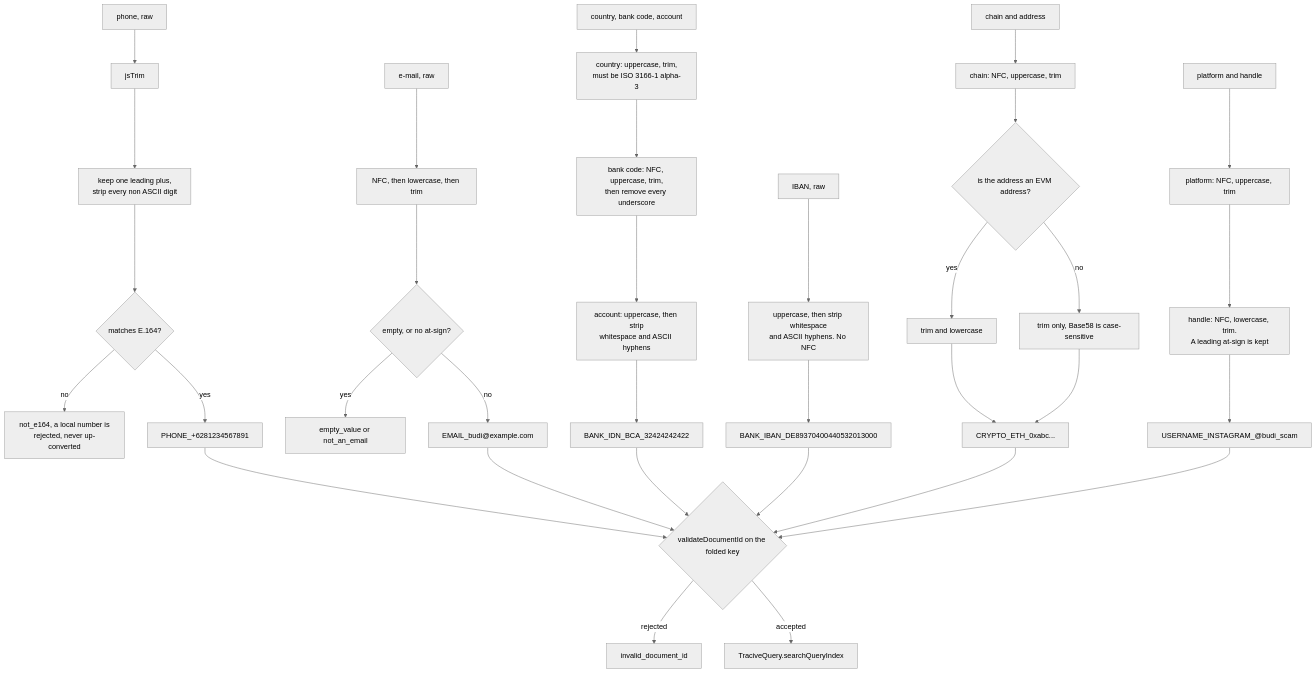
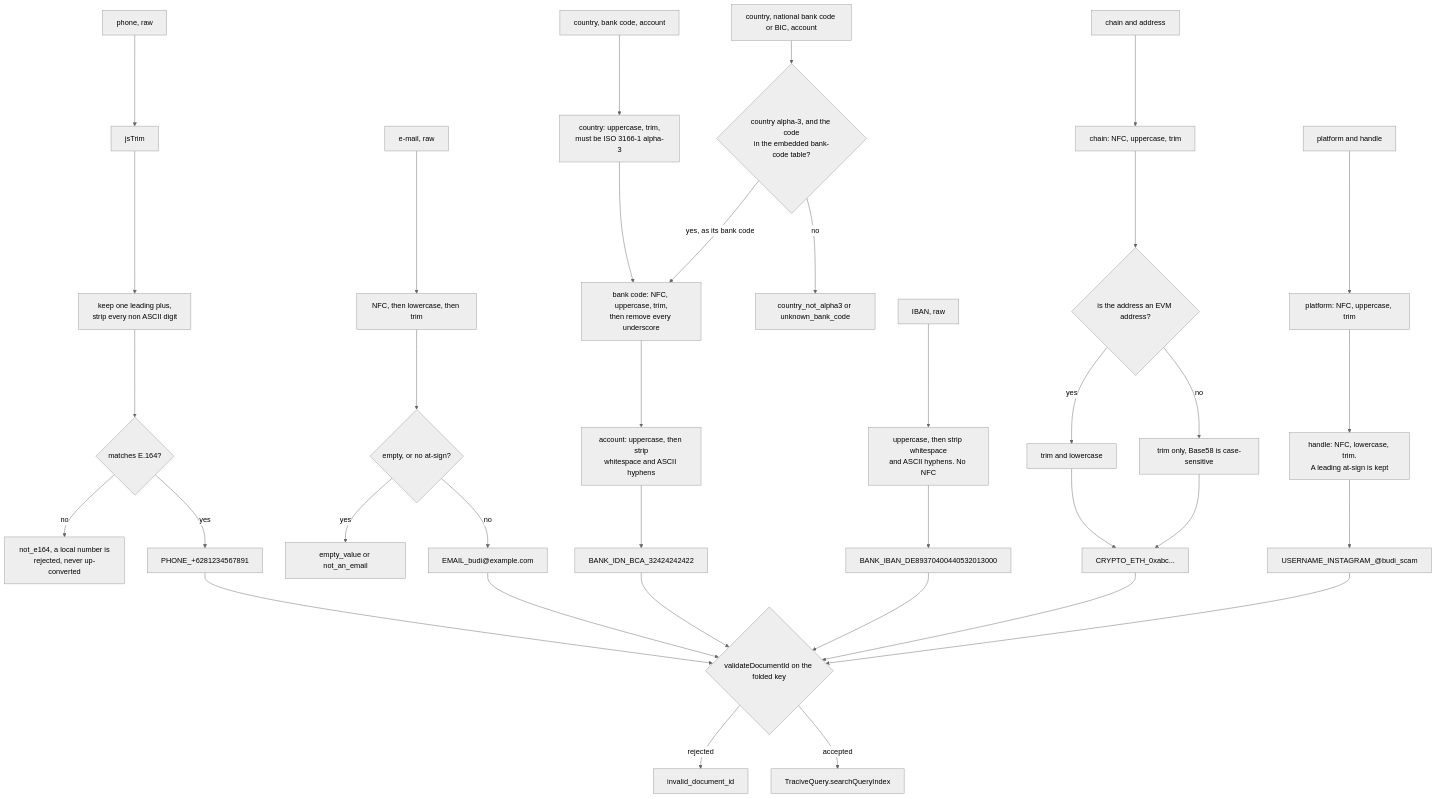
Before and after one commit to pleistocent/tracive-sdk-flutter: the fifth of 5 diagrams in doc/architecture.md, drawn with Mermaid (neutral theme). The commit also changed other lines of this file and 14 other files, not shown here.

First line of the commit message:
feat(query): name a bank by its national bank code or BIC

```diff
--- a/doc/architecture.md
+++ b/doc/architecture.md
@@ -418,6 +418,10 @@
     Bank2["bank code: NFC, uppercase, trim,<br/>then remove every underscore"]
     Bank3["account: uppercase, then strip<br/>whitespace and ASCII hyphens"]
     BankKey["BANK_IDN_BCA_32424242422"]
+
+    BankAlt0["country, national bank code or BIC, account"]
+    BankAlt1{"country alpha-3, and the code<br/>in the embedded bank-code table?"}
+    BankAltBad["country_not_alpha3 or unknown_bank_code"]
 
     Iban0["IBAN, raw"]
     Iban1["uppercase, then strip whitespace<br/>and ASCII hyphens. No NFC"]
@@ -458,6 +462,10 @@
     Bank3 --> BankKey
     BankKey --> Guard
 
+    BankAlt0 --> BankAlt1
+    BankAlt1 -->|"no"| BankAltBad
+    BankAlt1 -->|"yes, as its bank code"| Bank2
+
     Iban0 --> Iban1
     Iban1 --> IbanKey
     IbanKey --> Guard
```
